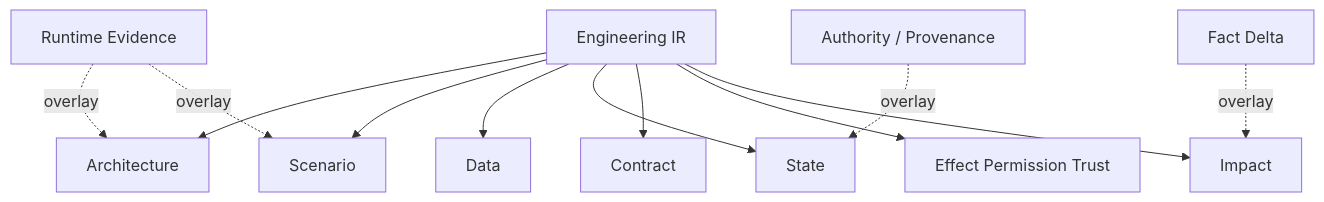
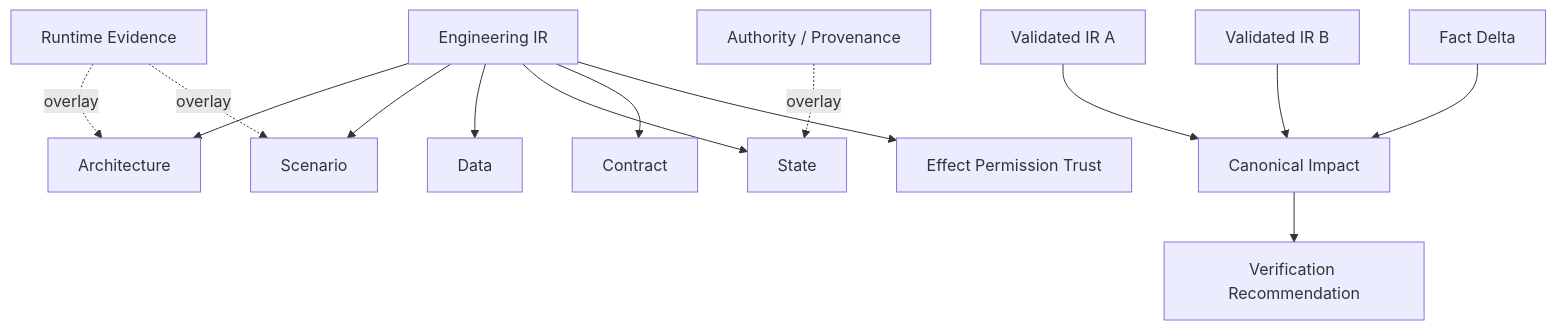
One commit to sec-platform/sec changed the sixth of 6 diagrams in docs/12-编译管道与行为流图示.md. Above: the diagram before and after it, drawn with Mermaid. The commit also changed other lines of this file and 6 other files, not shown here.

````diff
--- a/docs/12-编译管道与行为流图示.md
+++ b/docs/12-编译管道与行为流图示.md
@@ -126,15 +126,17 @@
 ```mermaid
 flowchart TD
   IR[Engineering IR] --> A[Architecture]
   IR --> S[Scenario]
   IR --> D[Data]
   IR --> ST[State]
   IR --> C[Contract]
   IR --> E[Effect Permission Trust]
-  IR --> I[Impact]
+  IR0[Validated IR A] --> I[Canonical Impact]
+  IR1[Validated IR B] --> I
+  FD[Fact Delta] --> I
+  I --> VR[Verification Recommendation]
 
   RE[Runtime Evidence] -. overlay .-> A
   RE -. overlay .-> S
   PF[Authority / Provenance] -. overlay .-> ST
-  DF[Fact Delta] -. overlay .-> I
 ```
````
